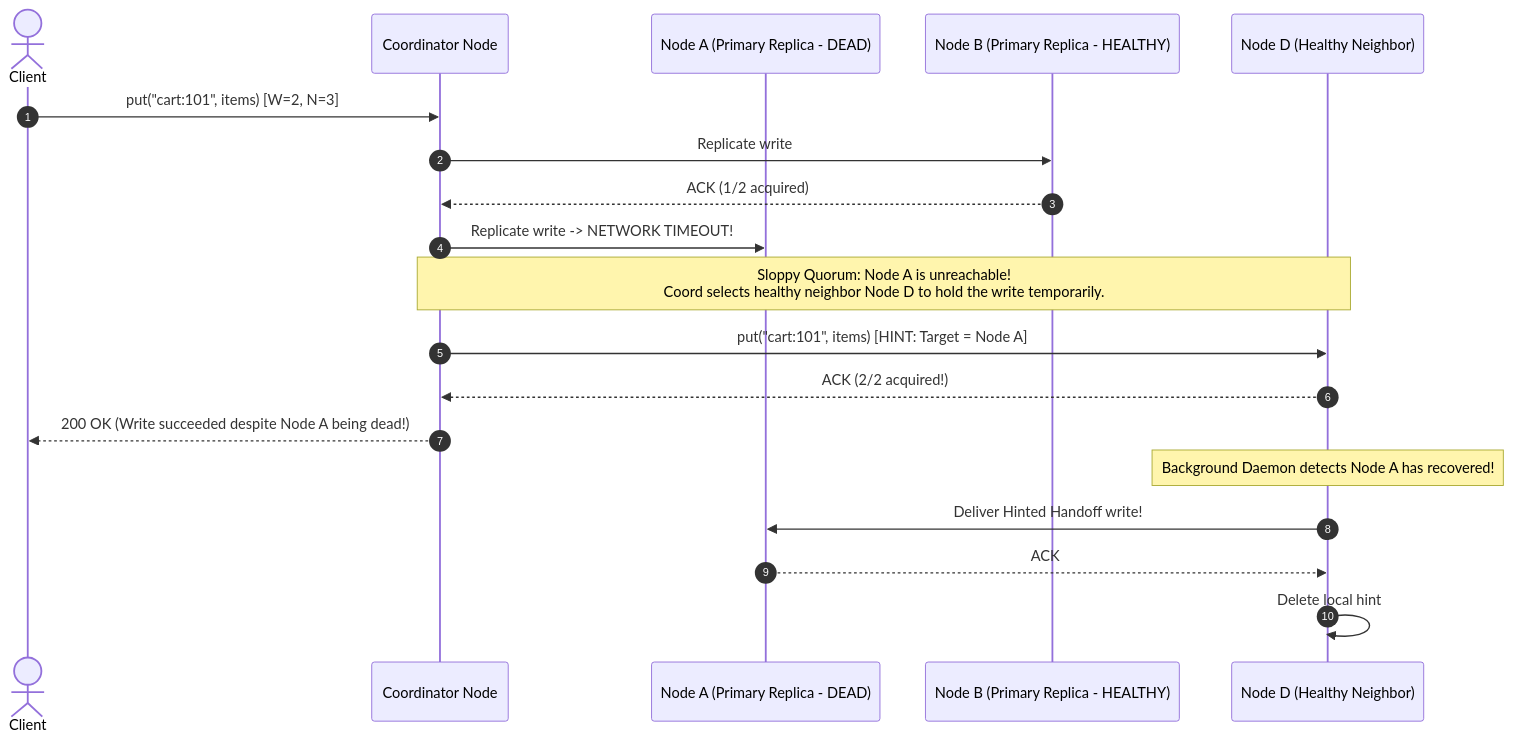
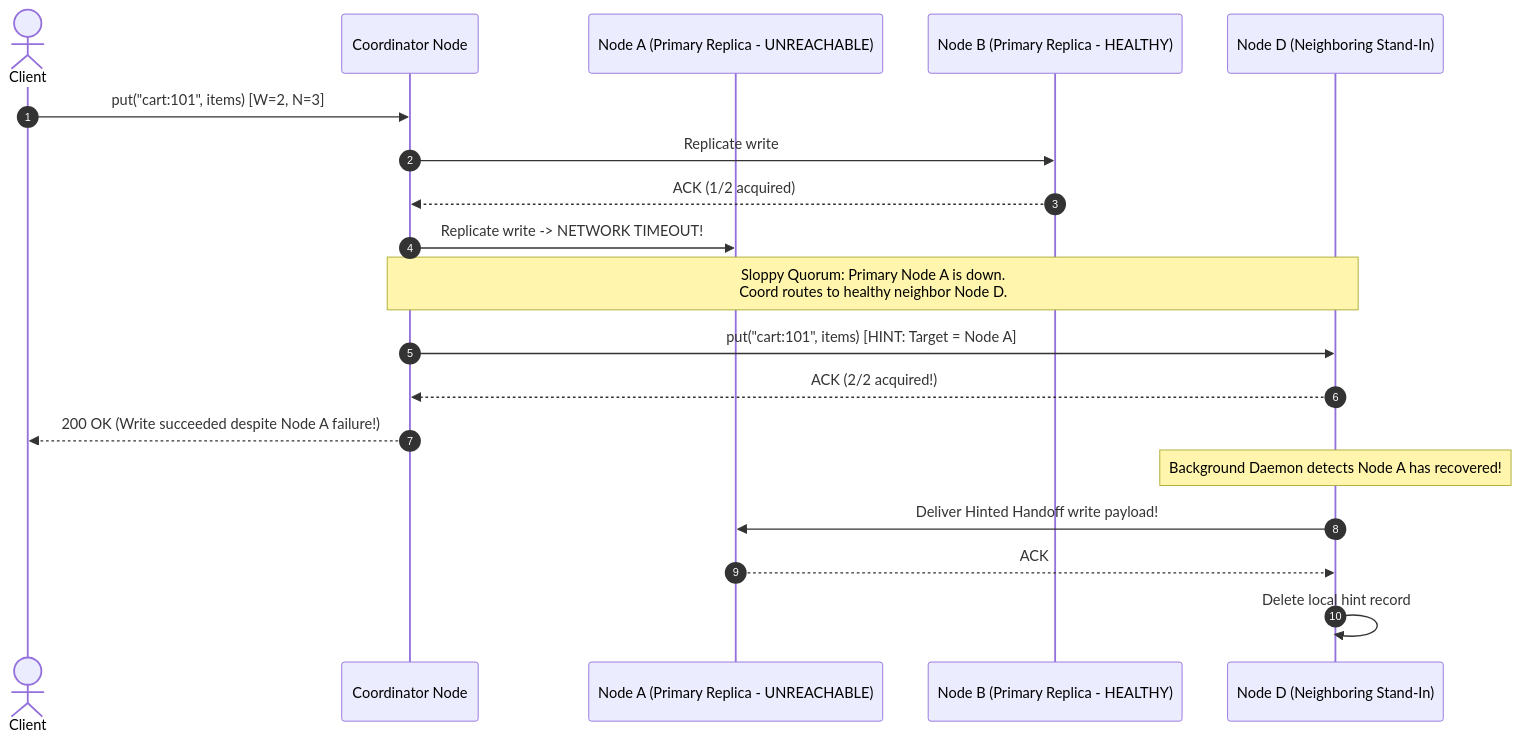
The fifth of 6 diagrams in docs/system-design/distributed-kv-store.mdx (weaponxwolf/backend-engineering-mastry), drawn with Mermaid before and after one commit. The commit also changed other lines of this file and 16 other files, not shown here.

````diff
--- a/docs/system-design/distributed-kv-store.mdx
+++ b/docs/system-design/distributed-kv-store.mdx
@@ -131,24 +193,24 @@
 ```mermaid
 sequenceDiagram
     autonumber
     actor Client
     participant Coord as Coordinator Node
-    participant NodeA as Node A (Primary Replica - DEAD)
+    participant NodeA as Node A (Primary Replica - UNREACHABLE)
     participant NodeB as Node B (Primary Replica - HEALTHY)
-    participant NodeD as Node D (Healthy Neighbor)
+    participant NodeD as Node D (Neighboring Stand-In)
 
     Client->>Coord: put("cart:101", items) [W=2, N=3]
     Coord->>NodeB: Replicate write
     NodeB-->>Coord: ACK (1/2 acquired)
     Coord->>NodeA: Replicate write -> NETWORK TIMEOUT!
     
-    Note over Coord,NodeD: Sloppy Quorum: Node A is unreachable!<br/>Coord selects healthy neighbor Node D to hold the write temporarily.
+    Note over Coord,NodeD: Sloppy Quorum: Primary Node A is down.<br/>Coord routes to healthy neighbor Node D.
     Coord->>NodeD: put("cart:101", items) [HINT: Target = Node A]
     NodeD-->>Coord: ACK (2/2 acquired!)
-    Coord-->>Client: 200 OK (Write succeeded despite Node A being dead!)
+    Coord-->>Client: 200 OK (Write succeeded despite Node A failure!)
 
     Note over NodeD: Background Daemon detects Node A has recovered!
-    NodeD->>NodeA: Deliver Hinted Handoff write!
+    NodeD->>NodeA: Deliver Hinted Handoff write payload!
     NodeA-->>NodeD: ACK
-    NodeD->>NodeD: Delete local hint
+    NodeD->>NodeD: Delete local hint record
 ```
````
